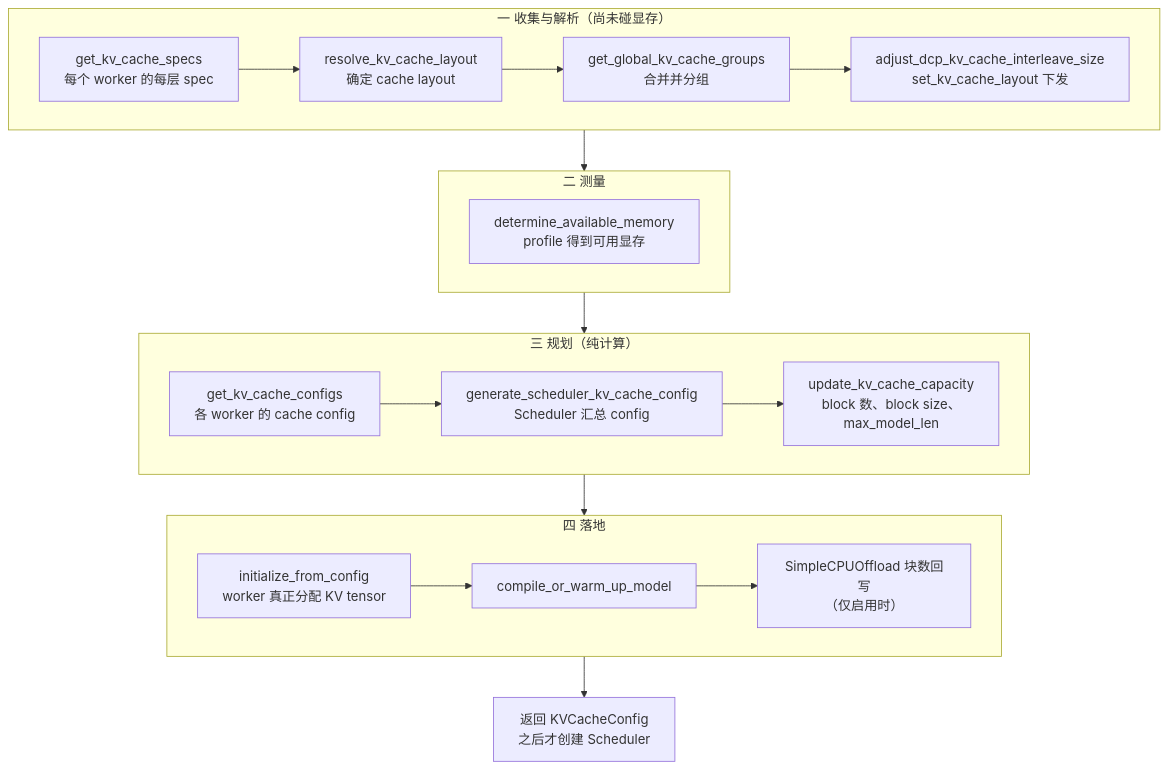
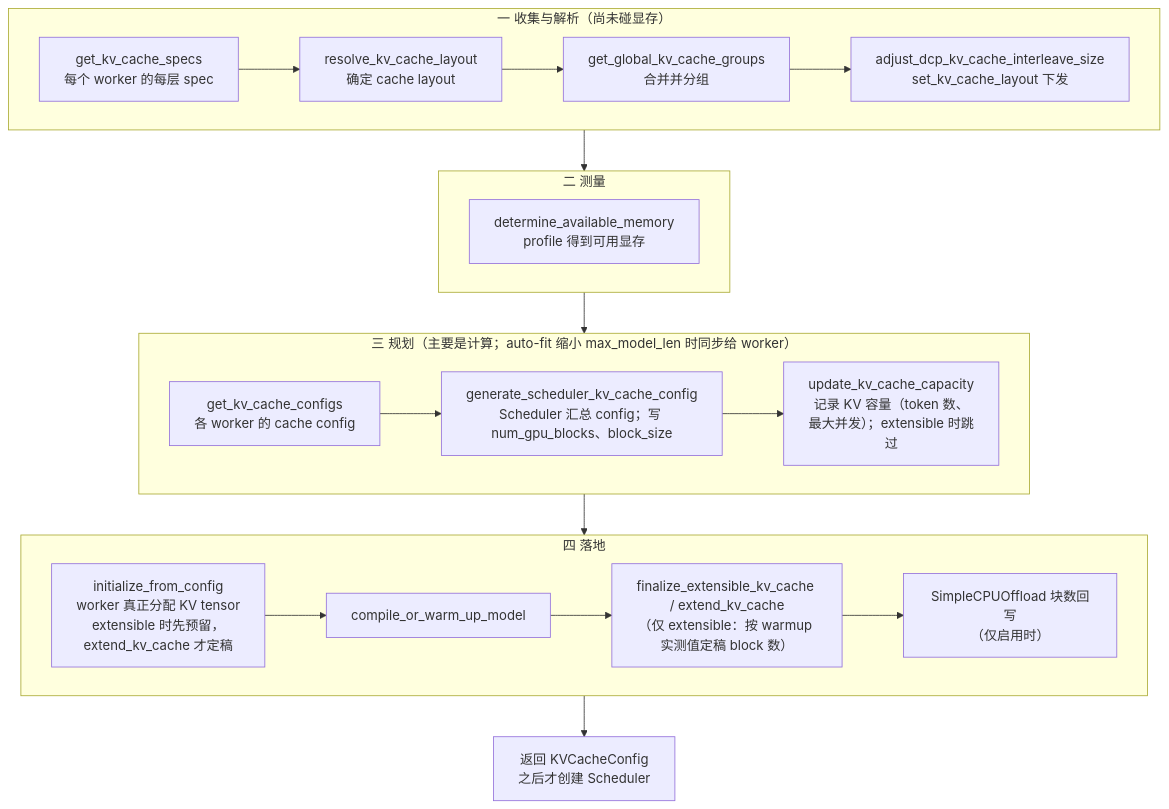
Before and after one commit to cluster1900/vllm_reader: diagram 12 of 24 in book/03-engine-core/README.md, drawn with Mermaid. The commit also changed other lines of this file and 1 other file, not shown here.

Commit message:
docs(ch02,ch03): address #29 r1 review (watchdog symbols, KV init diagram, admission wording)

````diff
--- a/book/03-engine-core/README.md
+++ b/book/03-engine-core/README.md
@@ -675,24 +676,25 @@
 ```mermaid
 flowchart TB
     subgraph P1["一 收集与解析（尚未碰显存）"]
         direction LR
         A1["get_kv_cache_specs<br/>每个 worker 的每层 spec"] --> A2["resolve_kv_cache_layout<br/>确定 cache layout"]
         A2 --> A3["get_global_kv_cache_groups<br/>合并并分组"]
         A3 --> A4["adjust_dcp_kv_cache_interleave_size<br/>set_kv_cache_layout 下发"]
     end
     subgraph P2["二 测量"]
         B1["determine_available_memory<br/>profile 得到可用显存"]
     end
-    subgraph P3["三 规划（纯计算）"]
+    subgraph P3["三 规划（主要是计算；auto-fit 缩小 max_model_len 时同步给 worker）"]
         direction LR
-        C1["get_kv_cache_configs<br/>各 worker 的 cache config"] --> C2["generate_scheduler_kv_cache_config<br/>Scheduler 汇总 config"]
-        C2 --> C3["update_kv_cache_capacity<br/>block 数、block size、max_model_len"]
+        C1["get_kv_cache_configs<br/>各 worker 的 cache config"] --> C2["generate_scheduler_kv_cache_config<br/>Scheduler 汇总 config；写 num_gpu_blocks、block_size"]
+        C2 --> C3["update_kv_cache_capacity<br/>记录 KV 容量（token 数、最大并发）；extensible 时跳过"]
     end
     subgraph P4["四 落地"]
         direction LR
-        D1["initialize_from_config<br/>worker 真正分配 KV tensor"] --> D2["compile_or_warm_up_model"]
-        D2 --> D3["SimpleCPUOffload 块数回写<br/>（仅启用时）"]
+        D1["initialize_from_config<br/>worker 真正分配 KV tensor<br/>extensible 时先预留，extend_kv_cache 才定稿"] --> D2["compile_or_warm_up_model"]
+        D2 --> DE["finalize_extensible_kv_cache / extend_kv_cache<br/>（仅 extensible：按 warmup 实测值定稿 block 数）"]
+        DE --> D3["SimpleCPUOffload 块数回写<br/>（仅启用时）"]
     end
     P1 --> P2 --> P3 --> P4
     P4 --> S["返回 KVCacheConfig<br/>之后才创建 Scheduler"]
 ```
````
